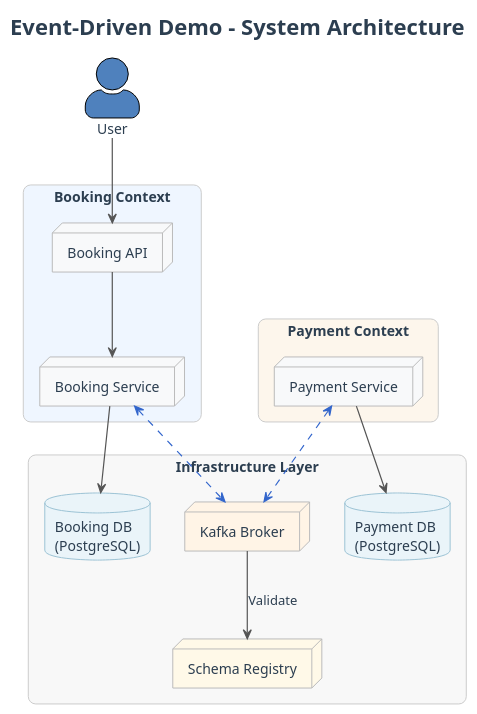
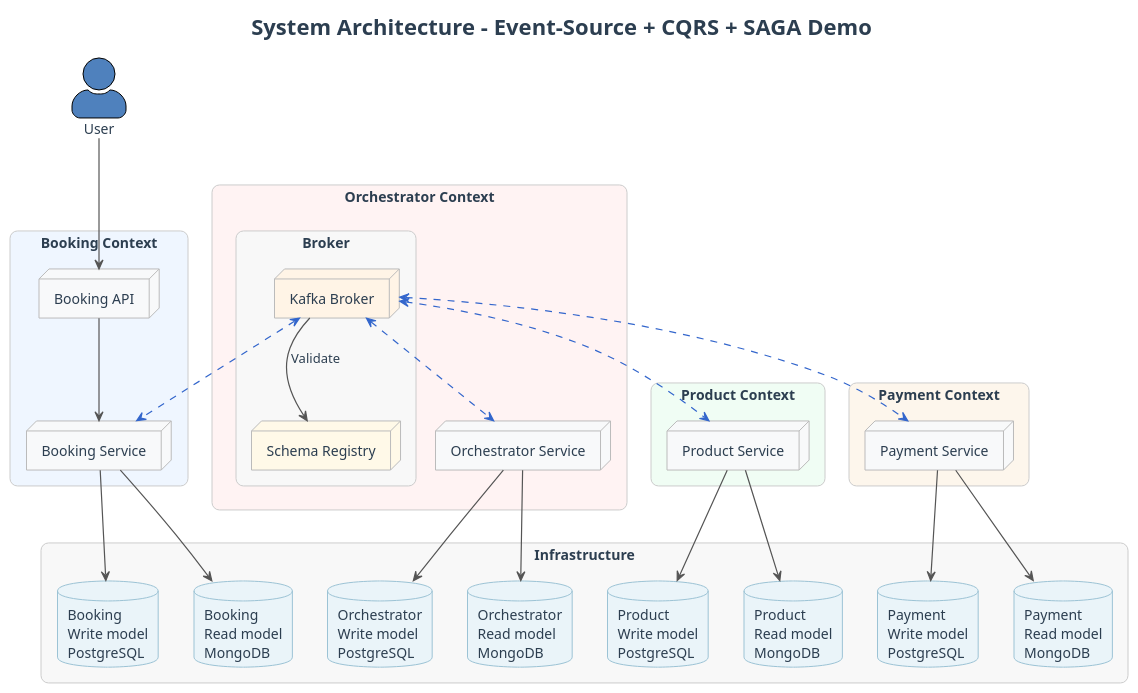
Before and after one commit to matiesmengo/event-sourcing-cqrs-demo: the diagram in docs/architecture.puml, drawn with PlantUML. The commit also changed 147 other files, not shown here.

```diff
--- a/docs/architecture.puml
+++ b/docs/architecture.puml
@@ -1,66 +1,99 @@
 @startuml
-title Event-Driven Demo – System Architecture
+title System Architecture - Event-Source + CQRS + SAGA Demo
 !theme plain
 
 ' ========= GLOBAL STYLING =========
 skinparam backgroundColor #FFFFFF
 skinparam defaultFontName "Inter, Segoe UI, Helvetica"
 skinparam defaultFontColor #2C3E50
 skinparam shadowing false
 skinparam arrowThickness 1.2
 skinparam arrowColor #555555
 
 skinparam rectangle {
   FontSize 14
   RoundCorner 15
   BorderColor #CCCCCC
   BackgroundColor #FAFAFA
 }
 skinparam database {
   BackgroundColor #EAF4F9
   BorderColor #9CC3D5
 }
 skinparam node {
   BackgroundColor #F8F9FA
   BorderColor #BBBBBB
 }
 skinparam component {
   BackgroundColor #F8F9FA
   BorderColor #BBBBBB
 }
 skinparam actorStyle awesome
 
-' ========= ACTORS =========
+' ========= ACTOR =========
 actor "User" as user #4F81BD
 
-' ========= GROUPS =========
+' ========= SERVICE CONTEXTS =========
 rectangle "<b>Booking Context</b>" as booking #EFF6FF {
-  node "Booking API" as booking_api
-  node "Booking Service" as booking_service
+    node "Booking API" as booking_api
+    node "Booking Service" as booking_service
+}
+
+rectangle "<b>Infrastructure</b>" as bookingdb #F8F8F8 {
+    database "Booking\nWrite model\nPostgreSQL" as booking_write_db
+    database "Booking\nRead model\nMongoDB" as booking_read_db
+    database "Orchestrator\nWrite model\nPostgreSQL" as orchestrator_write_db
+    database "Orchestrator\nRead model\nMongoDB" as orchestrator_read_db
+    database "Product\nWrite model\nPostgreSQL" as product_write_db
+    database "Product\nRead model\nMongoDB" as product_read_db
+    database "Payment\nWrite model\nPostgreSQL" as payment_write_db
+    database "Payment\nRead model\nMongoDB" as payment_read_db
+}
+
+rectangle "<b>Orchestrator Context</b>" as orchestrator #FFF3F3 {
+  node "Orchestrator Service" as saga
+
+  rectangle "<b>Broker</b>" as broker #F8F8F8 {
+    node "Kafka Broker" as kafka #FFF4E6
+    node "Schema Registry" as registry #FFF9E8
+  }
+}
+
+rectangle "<b>Product Context</b>" as product #F0FDF4 {
+    node "Product Service" as product_service
 }
 
 rectangle "<b>Payment Context</b>" as payment #FDF6EC {
-  node "Payment Service" as payment_service
-}
-
-rectangle "<b>Infrastructure Layer</b>" as infra #F8F8F8 {
-  node "Kafka Broker" as kafka #FFF4E6
-  node "Schema Registry" as registry #FFF9E8
-  database "Booking DB\n(PostgreSQL)" as booking_db
-  database "Payment DB\n(PostgreSQL)" as payment_db
+    node "Payment Service" as payment_service
 }
 
 ' ========= FLOWS =========
+
+' User -> Booking
 user --> booking_api
+booking_api --> booking_service
+booking_service --> booking_write_db
+booking_service --> booking_read_db
 
-booking_api --> booking_service
+' Booking & Orchestrator
+kafka <-[#3366CC,dashed]-> booking_service
+kafka <-[#3366CC,dashed]-> saga
+saga --> orchestrator_write_db
+saga --> orchestrator_read_db
 
-booking_service --> booking_db
-booking_service <-[#3366CC,dashed]-> kafka
+' Product
+product_service --> product_write_db
+product_service --> product_read_db
+kafka <-[#3366CC,dashed]-> product_service
 
-payment_service --> payment_db
-payment_service <-[#3366CC,dashed]-> kafka
+' Payment
+kafka <-[#3366CC,dashed]-> payment_service
+payment_service --> payment_write_db
+payment_service --> payment_read_db
 
-' Infrastructure
+
+' DataBase
 kafka --> registry: Validate
+
+
 @enduml
```
